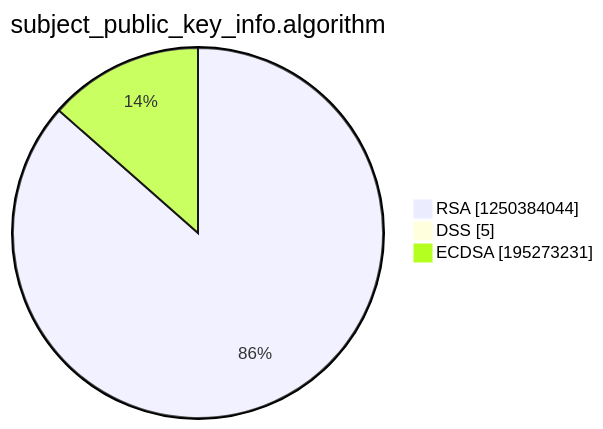
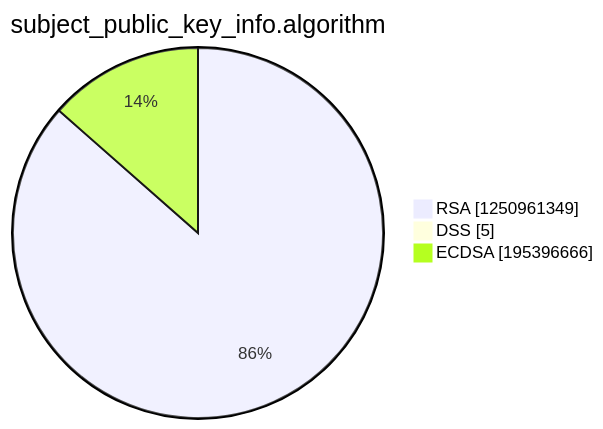
Before and after one commit to christiankrug/ctmonitor_visualization: the third of 15 diagrams in argon2022/README.md, drawn with Mermaid. The commit also changed other lines of this file, not shown here.

````diff
--- a/argon2022/README.md
+++ b/argon2022/README.md
@@ -14,7 +14,7 @@
 ```mermaid
 pie showData
 title subject_public_key_info.algorithm
-"RSA" :1250384044
+"RSA" :1250961349
 "DSS" :5
-"ECDSA" :195273231
+"ECDSA" :195396666
 ```
````
